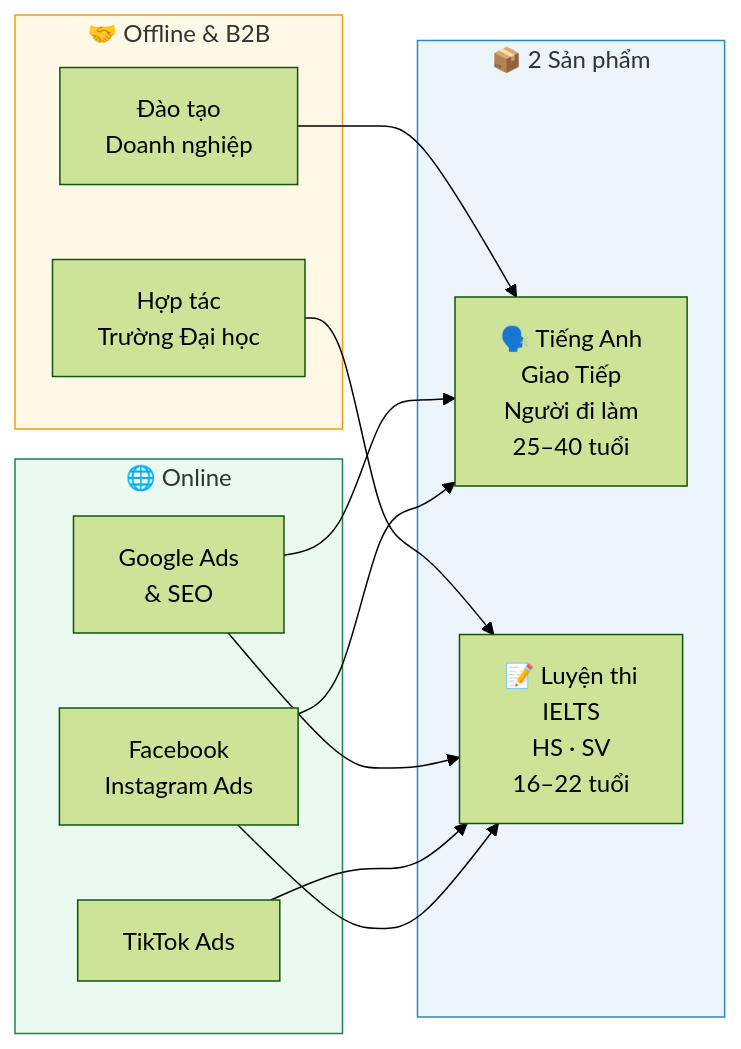
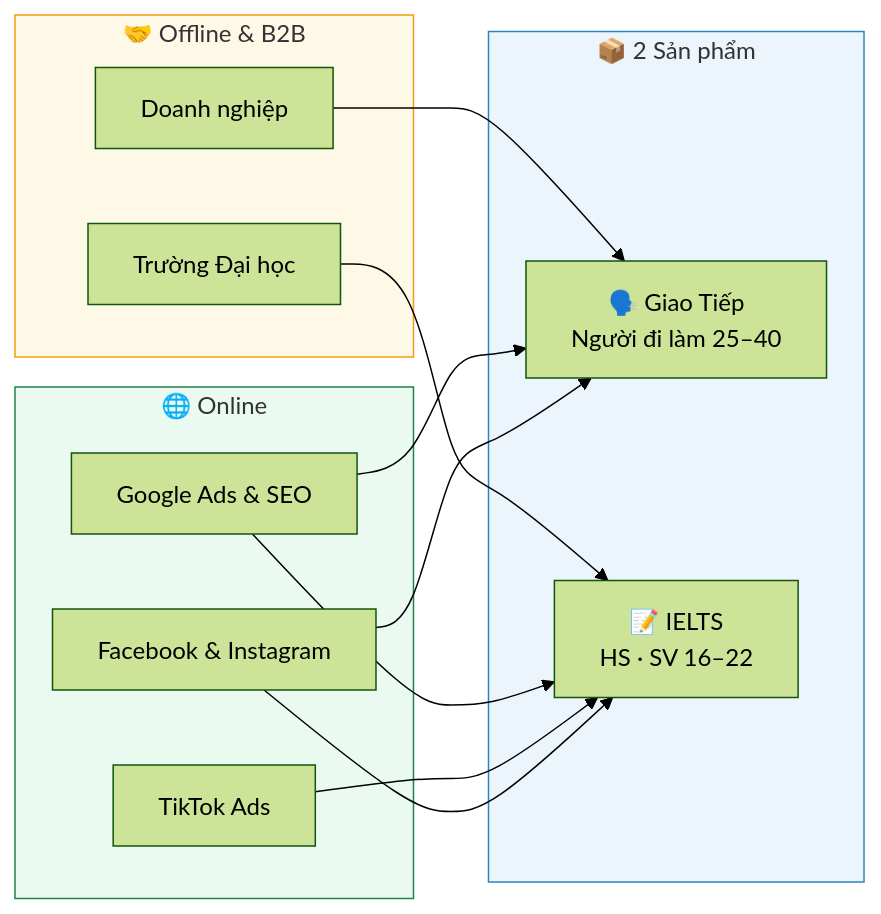
One commit to bochidung642-blip/1-kh-ng-gian-l-m-vi-c-c-nh-n-v-i-c-c-skills changed the second of 9 diagrams in README.md. Above: the diagram before and after it, drawn with Mermaid (forest theme). The commit also changed other lines of this file, not shown here.

````diff
--- a/README.md
+++ b/README.md
@@ -42,30 +48,30 @@
 ```mermaid
 flowchart LR
     subgraph SP ["📦 2 Sản phẩm"]
-        GT["🗣️ Tiếng Anh\nGiao Tiếp\nNgười đi làm\n25–40 tuổi"]
-        IE["📝 Luyện thi\nIELTS\nHS · SV\n16–22 tuổi"]
+        GT["🗣️ Giao Tiếp\nNgười đi làm 25–40"]
+        IE["📝 IELTS\nHS · SV 16–22"]
     end
 
     subgraph ON ["🌐 Online"]
-        FB["Facebook\nInstagram Ads"]
+        FB["Facebook & Instagram"]
         TT["TikTok Ads"]
-        GG["Google Ads\n& SEO"]
+        GG["Google Ads & SEO"]
     end
 
     subgraph OF ["🤝 Offline & B2B"]
-        DH["Hợp tác\nTrường Đại học"]
-        DN["Đào tạo\nDoanh nghiệp"]
+        DH["Trường Đại học"]
+        DN["Doanh nghiệp"]
     end
 
     FB --> GT
     FB --> IE
     TT --> IE
     GG --> GT
     GG --> IE
     DH --> IE
     DN --> GT
 
     style SP fill:#EBF5FB,stroke:#2E86C1
     style ON fill:#EAFAF1,stroke:#1E8449
     style OF fill:#FEF9E7,stroke:#F39C12
 ```
````
